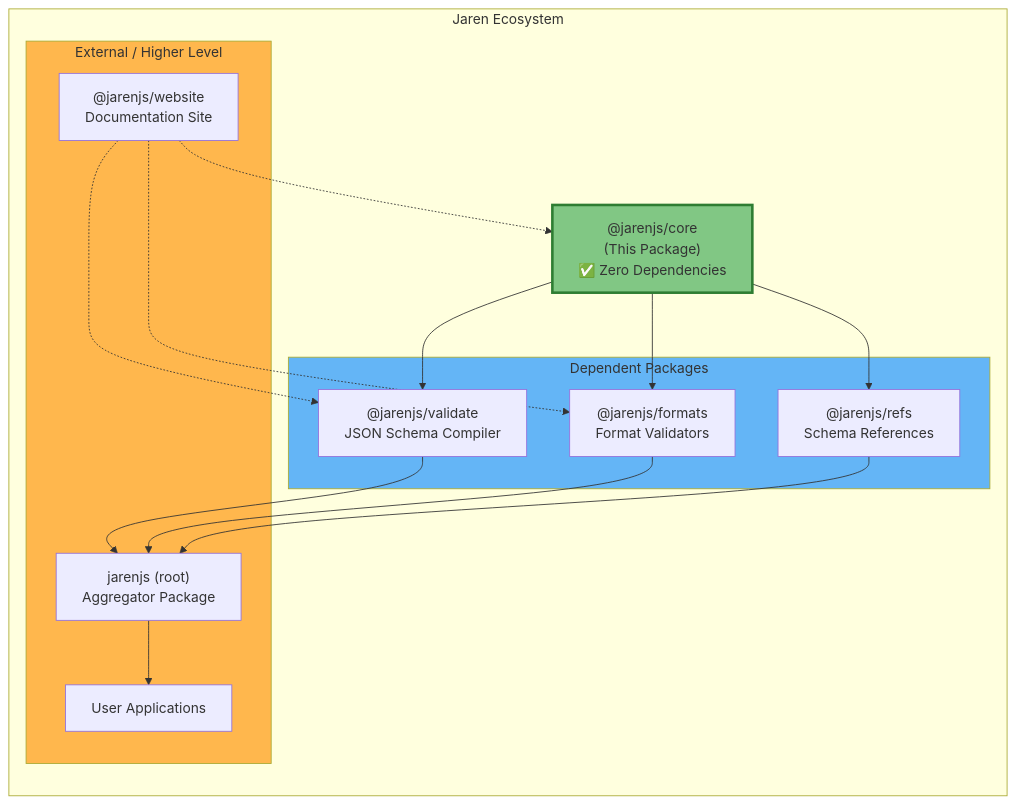
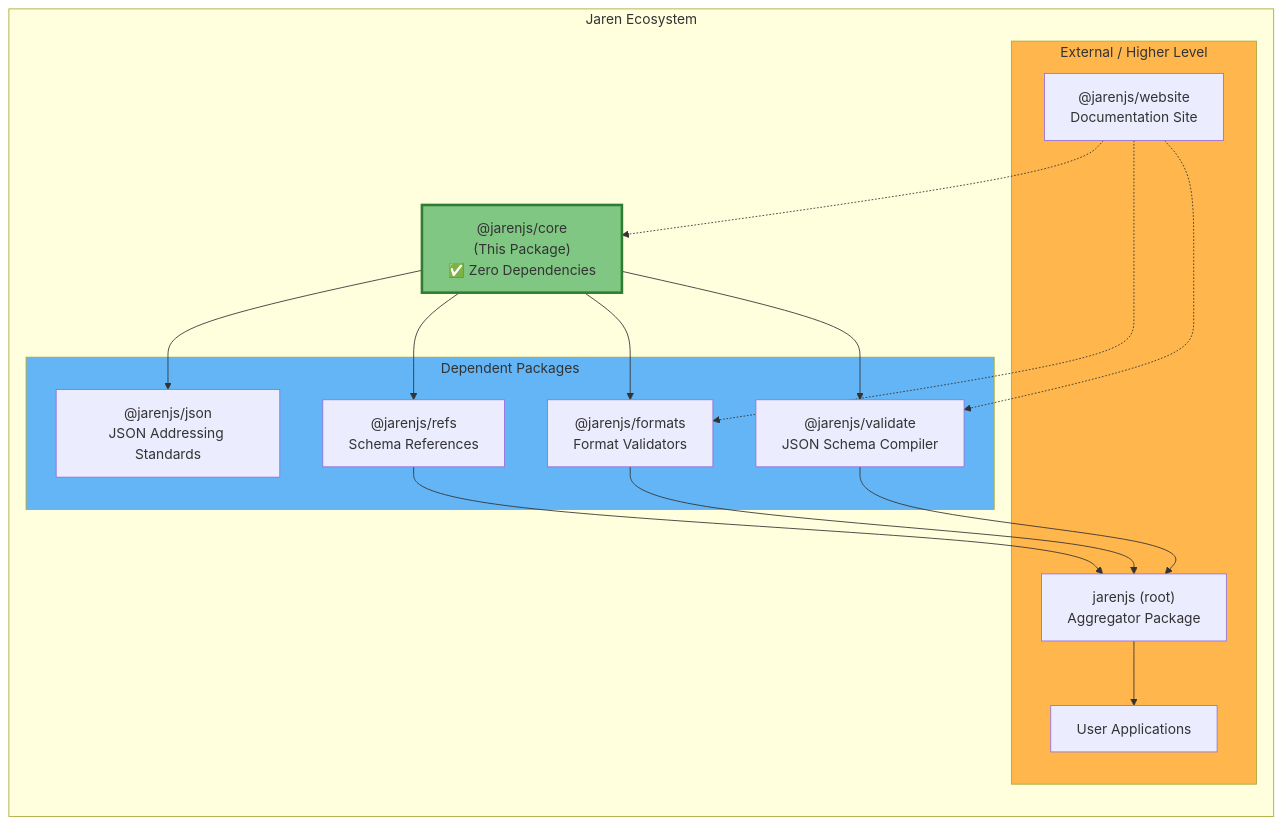
One commit to jklarenbeek/jarenjs changed the second of 12 diagrams in packages/core/ARCHITECTURE.md. Above: the diagram before and after it, drawn with Mermaid. The commit also changed other lines of this file and 24 other files, not shown here.

Commit message:
And moved the rest of the @jarenjs/json package there as well.

````diff
--- a/packages/core/ARCHITECTURE.md
+++ b/packages/core/ARCHITECTURE.md
@@ -168,38 +157,40 @@
 ```mermaid
 flowchart TB
     subgraph Ecosystem["Jaren Ecosystem"]
         direction TB
 
         Core["@jarenjs/core<br/>(This Package)<br/>✅ Zero Dependencies"]
 
         subgraph Dependents["Dependent Packages"]
+            Json["@jarenjs/json<br/>JSON Addressing Standards"]
             Validate["@jarenjs/validate<br/>JSON Schema Compiler"]
             Formats["@jarenjs/formats<br/>Format Validators"]
             Refs["@jarenjs/refs<br/>Schema References"]
         end
 
         subgraph External["External / Higher Level"]
             RootProject["jarenjs (root)<br/>Aggregator Package"]
             Website["@jarenjs/website<br/>Documentation Site"]
             UserApps["User Applications"]
         end
     end
 
+    Core --> Json
     Core --> Validate
     Core --> Formats
     Core --> Refs
 
     Validate --> RootProject
     Formats --> RootProject
     Refs --> RootProject
 
     RootProject --> UserApps
 
     Website -.-> Core
     Website -.-> Validate
     Website -.-> Formats
 
     style Core fill:#81c784,stroke:#2e7d32,stroke-width:3px
     style Dependents fill:#64b5f6
     style External fill:#ffb74d
 ```
````
